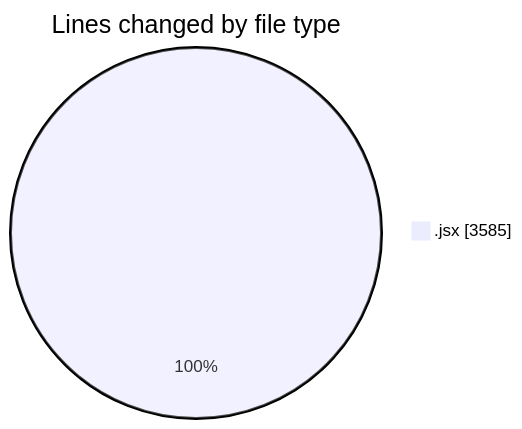
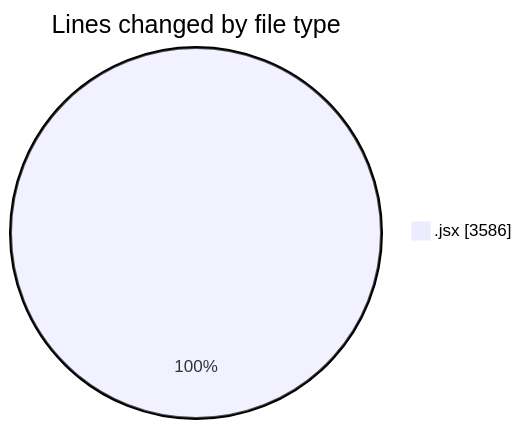
The first of 2 diagrams in 2025-05-05/nxtqube_webapp/README.md (nxtqubesakshisongat/code-tracking), drawn with Mermaid before and after one commit. The commit also changed other lines of this file and 1 other file, not shown here.

````diff
--- a/2025-05-05/nxtqube_webapp/README.md
+++ b/2025-05-05/nxtqube_webapp/README.md
@@ -20,5 +20,5 @@
 ```mermaid
 pie showData
 title Lines changed by file type
-".jsx" : 3585
+".jsx" : 3586
 ```
````
